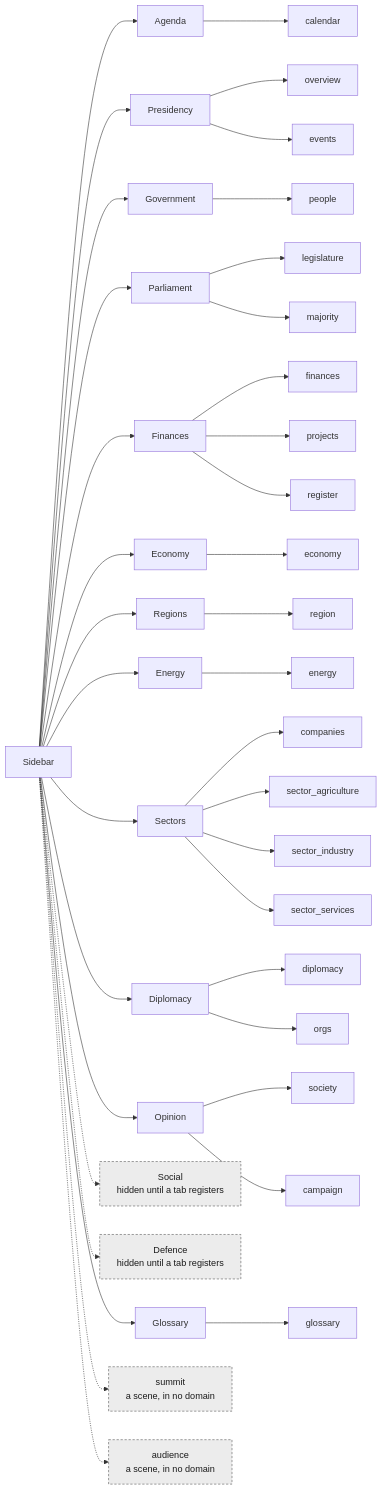
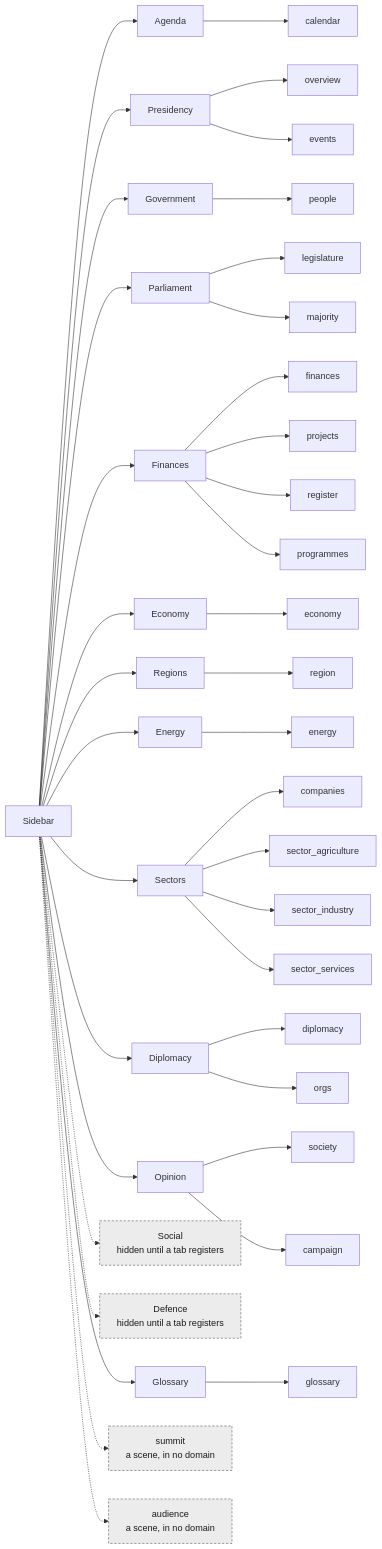
The diagram in docs/shell.md (powerbassist/World-simulator), drawn with Mermaid before and after one commit. The commit also changed 2 other files, not shown here.

Commit message:
Vault: 24 panels, 22 tabs, the domains diagram

````diff
--- a/docs/shell.md
+++ b/docs/shell.md
@@ -25,42 +25,43 @@
 ```mermaid
 flowchart LR
   sb["Sidebar"]
   sb --> d_agenda["Agenda"]
   d_agenda --> t_calendar["calendar"]
   sb --> d_presidency["Presidency"]
   d_presidency --> t_overview["overview"]
   d_presidency --> t_events["events"]
   sb --> d_government["Government"]
   d_government --> t_people["people"]
   sb --> d_parliament["Parliament"]
   d_parliament --> t_legislature["legislature"]
   d_parliament --> t_majority["majority"]
   sb --> d_finances["Finances"]
   d_finances --> t_finances["finances"]
   d_finances --> t_projects["projects"]
   d_finances --> t_register["register"]
+  d_finances --> t_programmes["programmes"]
   sb --> d_economy["Economy"]
   d_economy --> t_economy["economy"]
   sb --> d_territory["Regions"]
   d_territory --> t_region["region"]
   sb --> d_energy["Energy"]
   d_energy --> t_energy["energy"]
   sb --> d_sectors["Sectors"]
   d_sectors --> t_companies["companies"]
   d_sectors --> t_sector_agriculture["sector_agriculture"]
   d_sectors --> t_sector_industry["sector_industry"]
   d_sectors --> t_sector_services["sector_services"]
   sb --> d_diplomacy["Diplomacy"]
   d_diplomacy --> t_diplomacy["diplomacy"]
   d_diplomacy --> t_orgs["orgs"]
   sb --> d_opinion["Opinion"]
   d_opinion --> t_society["society"]
   d_opinion --> t_campaign["campaign"]
   sb -.-> d_social["Social<br/>hidden until a tab registers"]:::hidden
   sb -.-> d_defence["Defence<br/>hidden until a tab registers"]:::hidden
   sb --> d_glossary["Glossary"]
   d_glossary --> t_glossary["glossary"]
   sb -.-> s_summit["summit<br/>a scene, in no domain"]:::hidden
   sb -.-> s_audience["audience<br/>a scene, in no domain"]:::hidden
   classDef hidden stroke-dasharray:4 3,fill:#ececec,stroke:#555,color:#1a1a1a
 ```
````
